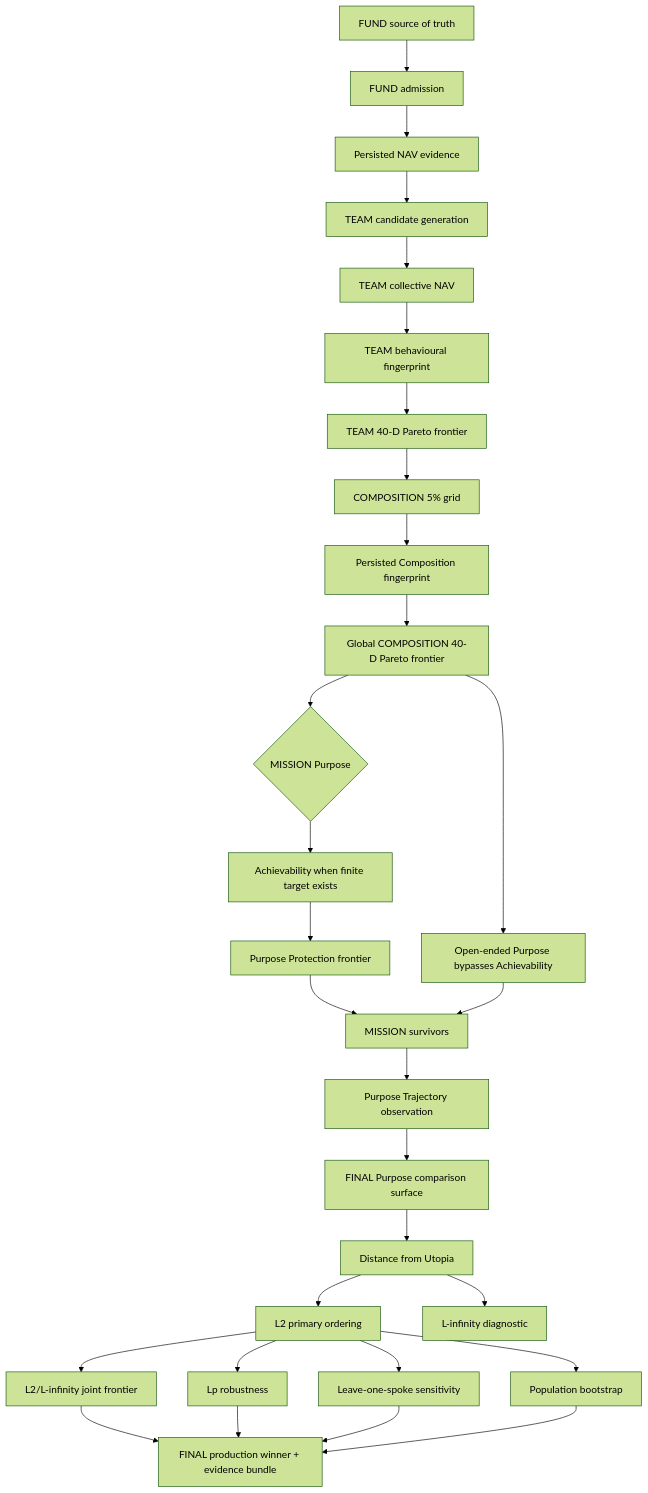
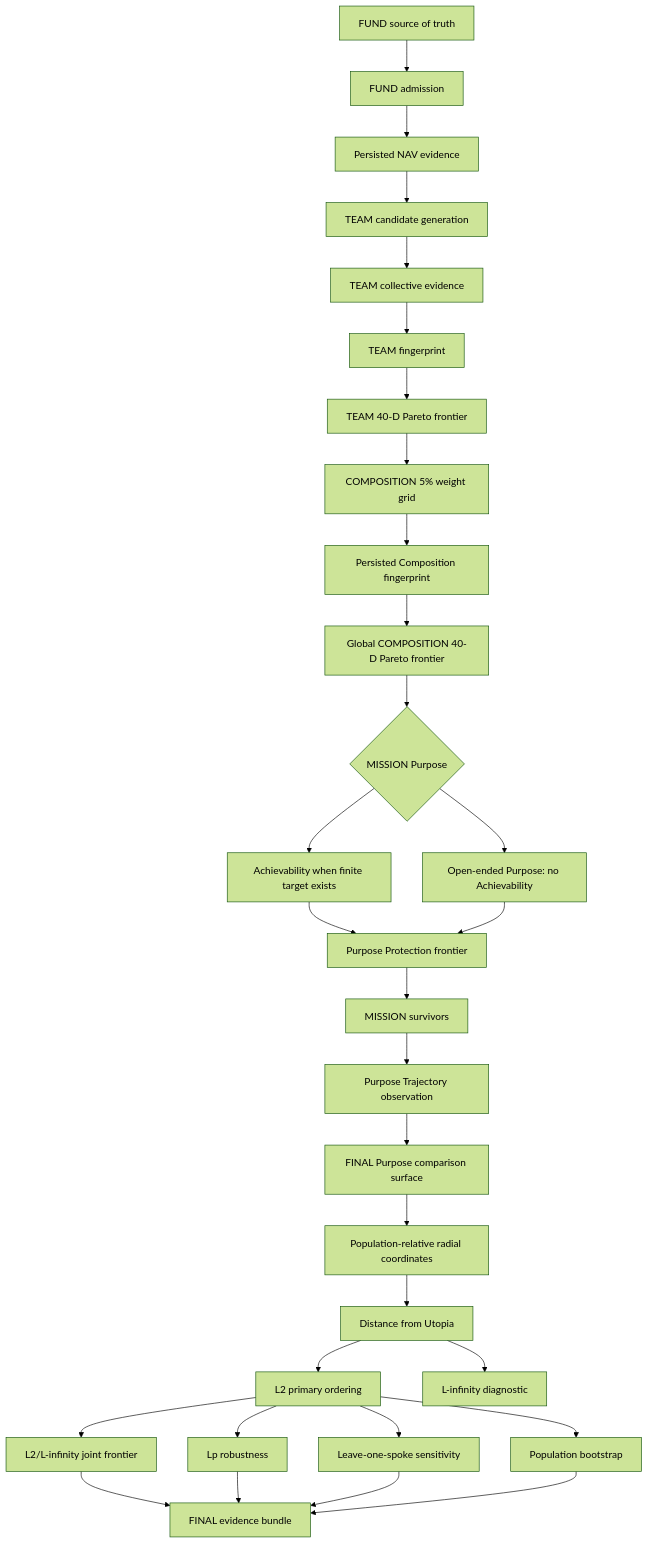
One commit to rrajeshkannan/lakshya changed the first of 6 diagrams in docs/Lakshya_Pipeline_Sequence.md. Above: the diagram before and after it, drawn with Mermaid (forest theme). The commit also changed other lines of this file, not shown here.

Commit message:
Enrich and repair production pipeline documentation

````diff
--- a/docs/Lakshya_Pipeline_Sequence.md
+++ b/docs/Lakshya_Pipeline_Sequence.md
@@ -11,31 +13,32 @@
 ```mermaid
 flowchart TD
     A[FUND source of truth] --> B[FUND admission]
     B --> C[Persisted NAV evidence]
     C --> D[TEAM candidate generation]
-    D --> E[TEAM collective NAV]
-    E --> F[TEAM behavioural fingerprint]
+    D --> E[TEAM collective evidence]
+    E --> F[TEAM fingerprint]
     F --> G[TEAM 40-D Pareto frontier]
-    G --> H[COMPOSITION 5% grid]
+    G --> H[COMPOSITION 5% weight grid]
     H --> I[Persisted Composition fingerprint]
     I --> J[Global COMPOSITION 40-D Pareto frontier]
     J --> K{MISSION Purpose}
     K --> L[Achievability when finite target exists]
-    L --> M[Purpose Protection frontier]
-    J --> M2[Open-ended Purpose bypasses Achievability]
-    M --> N[MISSION survivors]
-    M2 --> N
-    N --> O[Purpose Trajectory observation]
-    O --> P[FINAL Purpose comparison surface]
-    P --> Q[Distance from Utopia]
-    Q --> R[L2 primary ordering]
-    Q --> S[L-infinity diagnostic]
-    R --> T[L2/L-infinity joint frontier]
-    R --> U[Lp robustness]
-    R --> V[Leave-one-spoke sensitivity]
-    R --> W[Population bootstrap]
-    T --> X[FINAL production winner + evidence bundle]
-    U --> X
-    V --> X
-    W --> X
+    K --> M[Open-ended Purpose: no Achievability]
+    L --> N[Purpose Protection frontier]
+    M --> N
+    N --> O[MISSION survivors]
+    O --> P[Purpose Trajectory observation]
+    P --> Q[FINAL Purpose comparison surface]
+    Q --> R[Population-relative radial coordinates]
+    R --> S[Distance from Utopia]
+    S --> T[L2 primary ordering]
+    S --> U[L-infinity diagnostic]
+    T --> V[L2/L-infinity joint frontier]
+    T --> W[Lp robustness]
+    T --> X[Leave-one-spoke sensitivity]
+    T --> Y[Population bootstrap]
+    V --> Z[FINAL evidence bundle]
+    W --> Z
+    X --> Z
+    Y --> Z
 ```
````
